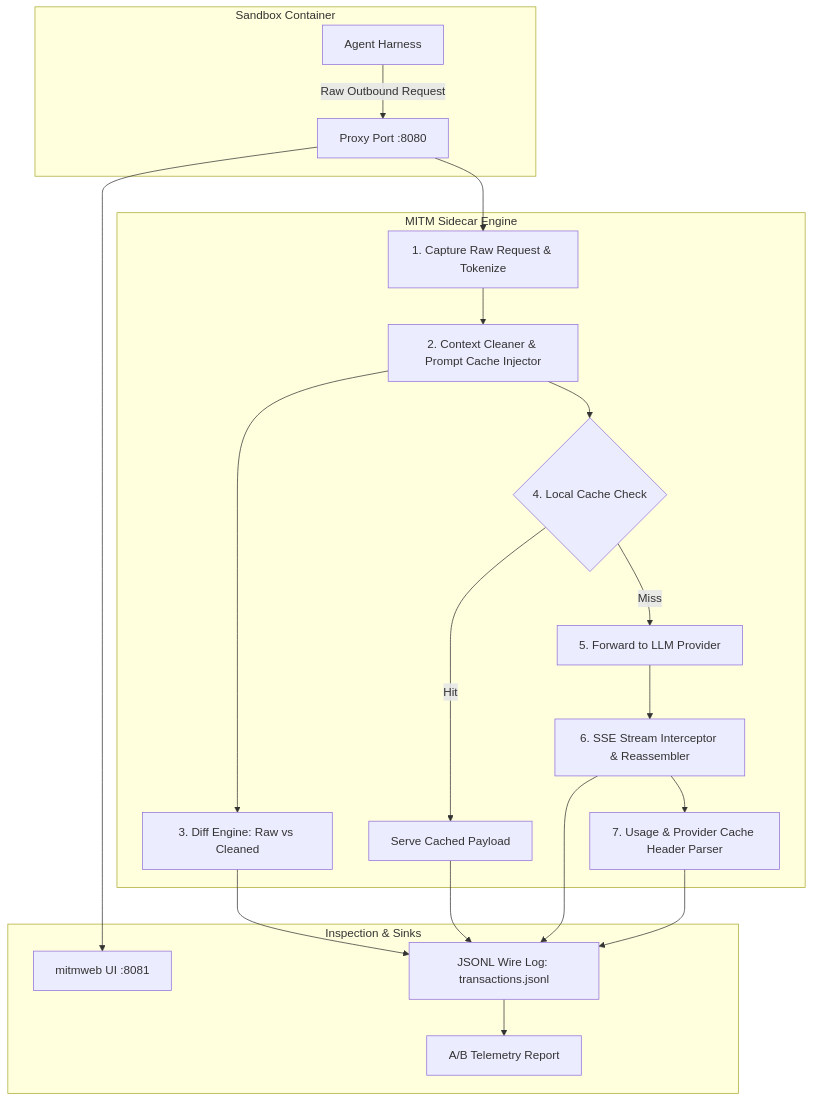
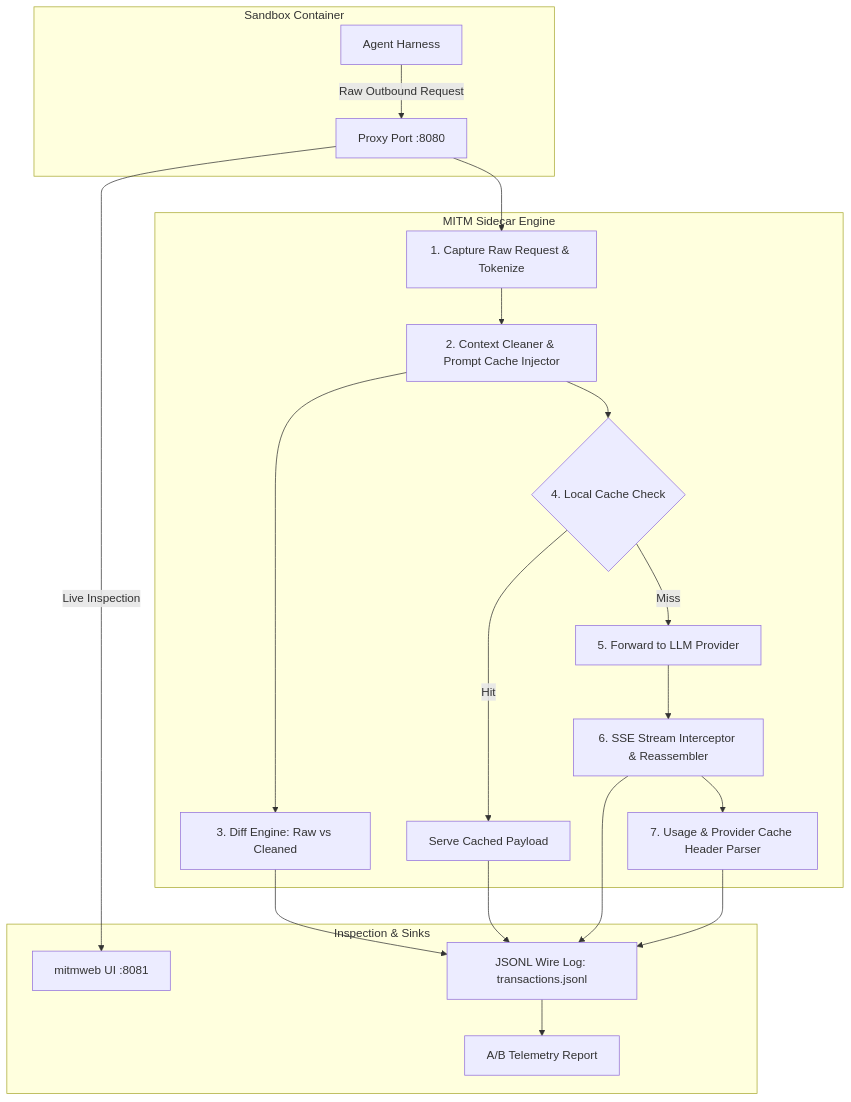
The first of 2 diagrams in docs/optimisation/token_reduction_measurement_plan.md (Holon-Agentic-Coder/holon-agentic-coder-ref-metadata), drawn with Mermaid before and after one commit. The commit also changed other lines of this file, not shown here.

````diff
--- a/docs/optimisation/token_reduction_measurement_plan.md
+++ b/docs/optimisation/token_reduction_measurement_plan.md
@@ -43,28 +43,28 @@
 ```mermaid
 graph TD
     subgraph Sandbox Container
         Agent[Agent Harness] -->|Raw Outbound Request| ProxyPort["Proxy Port :8080"]
     end
 
     subgraph MITM Sidecar Engine
         ProxyPort --> RawCapture[1. Capture Raw Request & Tokenize]
         RawCapture --> Cleaner[2. Context Cleaner & Prompt Cache Injector]
         Cleaner --> DiffEngine[3. Diff Engine: Raw vs Cleaned]
         Cleaner --> CacheCheck{4. Local Cache Check}
 
         CacheCheck -->|Hit| LocalResp[Serve Cached Payload]
         CacheCheck -->|Miss| Upstream[5. Forward to LLM Provider]
 
         Upstream --> StreamInterceptor[6. SSE Stream Interceptor & Reassembler]
         StreamInterceptor --> UsageParser[7. Usage & Provider Cache Header Parser]
     end
 
     subgraph Inspection & Sinks
-        ProxyPort --> WebUI["mitmweb UI :8081"]
+        ProxyPort -->|Live Inspection| WebUI["mitmweb UI :8081"]
         DiffEngine --> WireLogger["JSONL Wire Log: transactions.jsonl"]
         LocalResp --> WireLogger
         StreamInterceptor --> WireLogger
         UsageParser --> WireLogger
         WireLogger --> ABMetrics[A/B Telemetry Report]
     end
 ```
````
